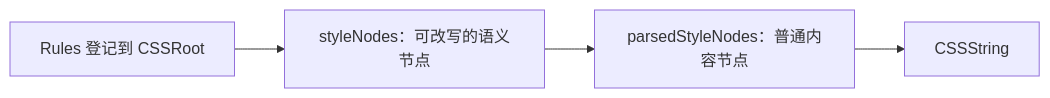
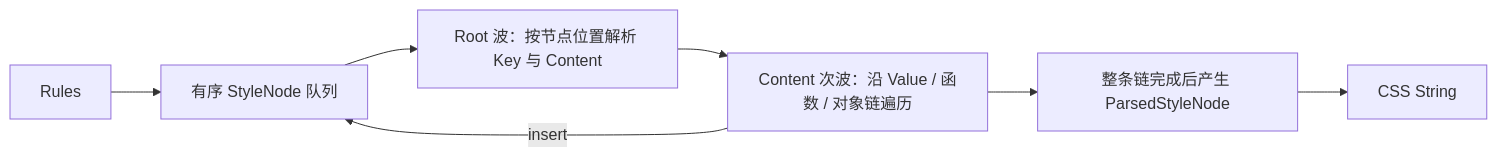
One commit to edsolater/uikit changed the diagram in src/style-system/doc/JSS样式节点树.md. Above: the diagram before and after it, drawn with Mermaid. The commit also changed other lines of this file and 48 other files, not shown here.

````diff
--- a/src/style-system/doc/JSS样式节点树.md
+++ b/src/style-system/doc/JSS样式节点树.md
@@ -18,6 +22,9 @@
 ```mermaid
 flowchart LR
-  Rules[Rules 登记到 CSSRoot] --> Nodes[styleNodes：可改写的语义节点]
-  Nodes --> Parsed[parsedStyleNodes：普通内容节点]
-  Parsed --> CSS[CSSString]
+  Rules[Rules] --> Queue[有序 StyleNode 队列]
+  Queue --> RootWave[Root 波：按节点位置解析 Key 与 Content]
+  RootWave --> ContentWave[Content 次波：沿 Value / 函数 / 对象链遍历]
+  ContentWave -->|insert| Queue
+  ContentWave --> Parsed[整条链完成后产生 ParsedStyleNode]
+  Parsed --> Output[CSS String]
 ```
````
